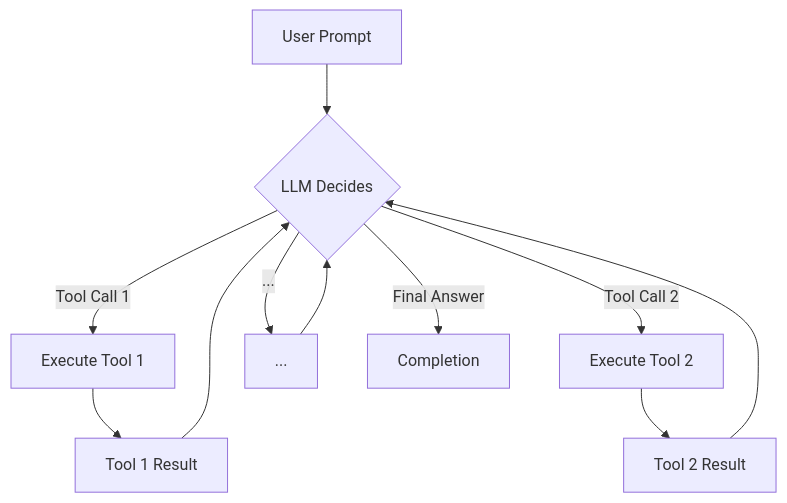
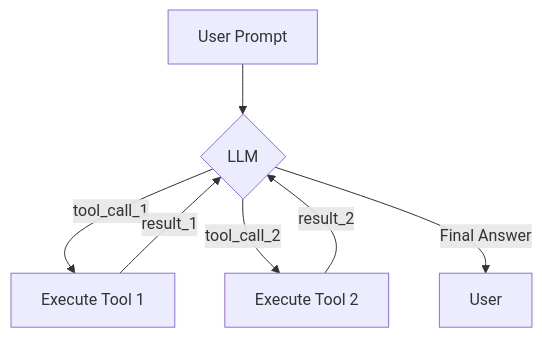
Before and after one commit to shoaibkhanz/agentic-ai-engineering-course: the second of 2 diagrams in lessons/06_tools/article.md, drawn with Mermaid. The commit also changed other lines of this file and 1 other file, not shown here.

````diff
--- a/lessons/06_tools/article.md
+++ b/lessons/06_tools/article.md
@@ -288,13 +393,9 @@
 ```mermaid
 graph TD
-    A[User Prompt] --> B{LLM Decides};
-    B -->|Tool Call 1| C[Execute Tool 1];
-    C --> D[Tool 1 Result];
-    D --> B;
-    B -->|Tool Call 2| E[Execute Tool 2];
-    E --> F[Tool 2 Result];
-    F --> B;
-    B -->|...| G[...];
-    G --> B;
-    B -->|Final Answer| H[Completion];
+    A[User Prompt] --> B{LLM};
+    B -- tool_call_1 --> C[Execute Tool 1];
+    C -- result_1 --> B;
+    B -- tool_call_2 --> D[Execute Tool 2];
+    D -- result_2 --> B;
+    B -- Final Answer --> E[User];
 ```
````
